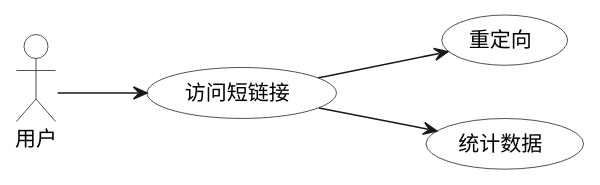
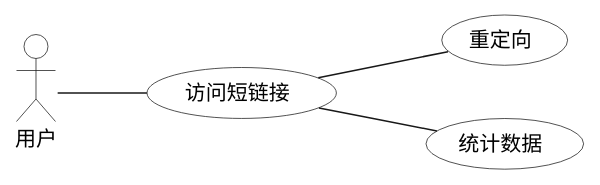
The diagram in a-uml/用例图/短链平台-用户.puml (hitzaki/biz-center), drawn with PlantUML before and after one commit. The commit also changed 32 other files, not shown here.

```diff
--- a/a-uml/用例图/短链平台-用户.puml
+++ b/a-uml/用例图/短链平台-用户.puml
@@ -1,15 +1,15 @@
 @startuml
 '最近一次更新时间: 2024-05-05
 left to right direction
 
 :用户: as User #white
 
 (访问短链接) as (Use1) #white
   (重定向) as (Use11) #white
   (统计数据) as (Use12) #white
 
-User -down-> (Use1)
-(Use1) --> (Use11)
-(Use1) --> (Use12)
+User -down- (Use1)
+(Use1) -- (Use11)
+(Use1) -- (Use12)
 
 @enduml
```
